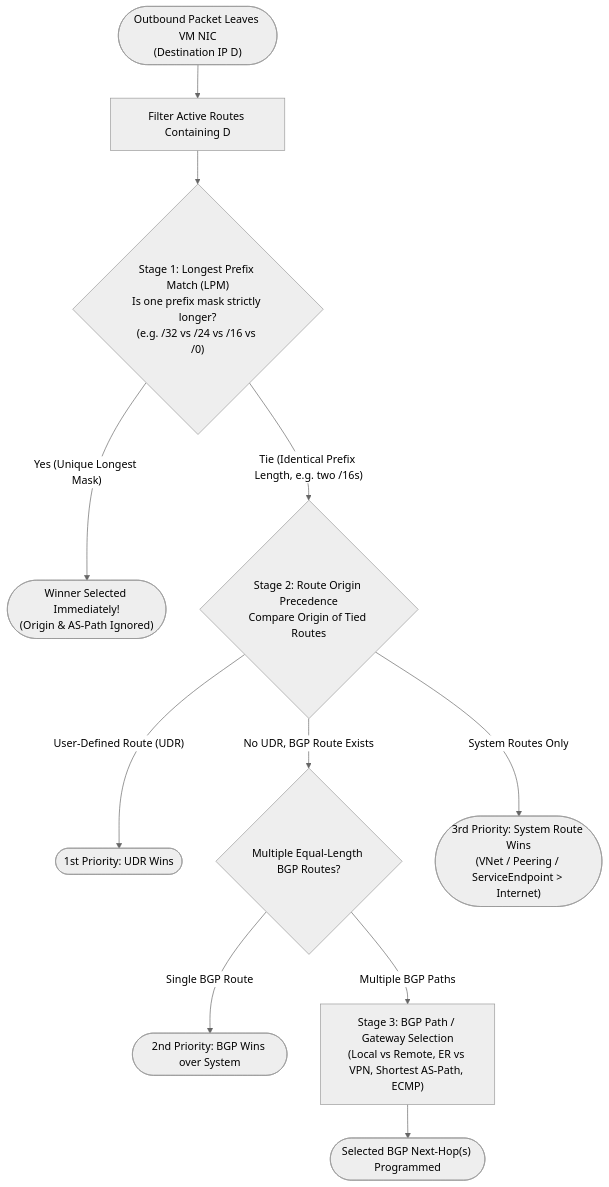
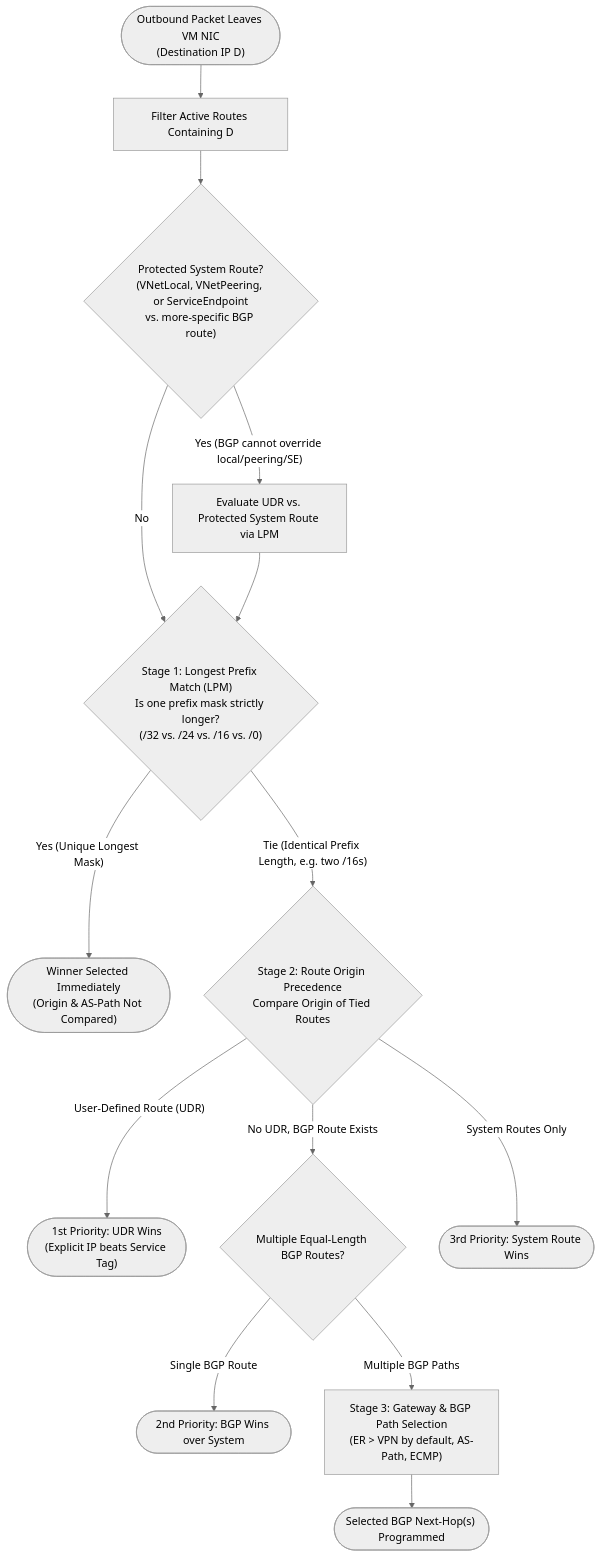
Before and after one commit to jonathan-vella/azure-networking: the first of 2 diagrams in src/content/docs/01-foundations/routing-and-traffic-engineering.md, drawn with Mermaid (neutral theme). The commit also changed other lines of this file and 5 other files, not shown here.

````diff
--- a/src/content/docs/01-foundations/routing-and-traffic-engineering.md
+++ b/src/content/docs/01-foundations/routing-and-traffic-engineering.md
@@ -16,16 +16,19 @@
 ```mermaid
 flowchart TD
   Start(["Outbound Packet Leaves VM NIC<br/>(Destination IP D)"]) --> Match["Filter Active Routes Containing D"]
-  Match --> Step1{"Stage 1: Longest Prefix Match (LPM)<br/>Is one prefix mask strictly longer?<br/>(e.g. /32 vs /24 vs /16 vs /0)"}
+  Match --> Guard{"Protected System Route?<br/>(VNetLocal, VNetPeering, or ServiceEndpoint<br/>vs. more-specific BGP route)"}
+  Guard -- "Yes (BGP cannot override local/peering/SE)" --> Step1Sys["Evaluate UDR vs. Protected System Route via LPM"]
+  Guard -- "No" --> Step1{"Stage 1: Longest Prefix Match (LPM)<br/>Is one prefix mask strictly longer?<br/>(/32 vs. /24 vs. /16 vs. /0)"}
 
-  Step1 -- "Yes (Unique Longest Mask)" --> WinLPM(["Winner Selected Immediately!<br/>(Origin & AS-Path Ignored)"])
+  Step1Sys --> Step1
+  Step1 -- "Yes (Unique Longest Mask)" --> WinLPM(["Winner Selected Immediately<br/>(Origin & AS-Path Not Compared)"])
   Step1 -- "Tie (Identical Prefix Length, e.g. two /16s)" --> Step2{"Stage 2: Route Origin Precedence<br/>Compare Origin of Tied Routes"}
 
-  Step2 -- "User-Defined Route (UDR)" --> WinUDR(["1st Priority: UDR Wins"])
+  Step2 -- "User-Defined Route (UDR)" --> WinUDR(["1st Priority: UDR Wins<br/>(Explicit IP beats Service Tag)"])
   Step2 -- "No UDR, BGP Route Exists" --> Step3{"Multiple Equal-Length BGP Routes?"}
-  Step2 -- "System Routes Only" --> WinSys(["3rd Priority: System Route Wins<br/>(VNet / Peering / ServiceEndpoint > Internet)"])
+  Step2 -- "System Routes Only" --> WinSys(["3rd Priority: System Route Wins"])
 
   Step3 -- "Single BGP Route" --> WinBGP(["2nd Priority: BGP Wins over System"])
-  Step3 -- "Multiple BGP Paths" --> TieBGP["Stage 3: BGP Path / Gateway Selection<br/>(Local vs Remote, ER vs VPN, Shortest AS-Path, ECMP)"]
+  Step3 -- "Multiple BGP Paths" --> TieBGP["Stage 3: Gateway & BGP Path Selection<br/>(ER > VPN by default, AS-Path, ECMP)"]
   TieBGP --> WinBGP2(["Selected BGP Next-Hop(s) Programmed"])
 ```
````
